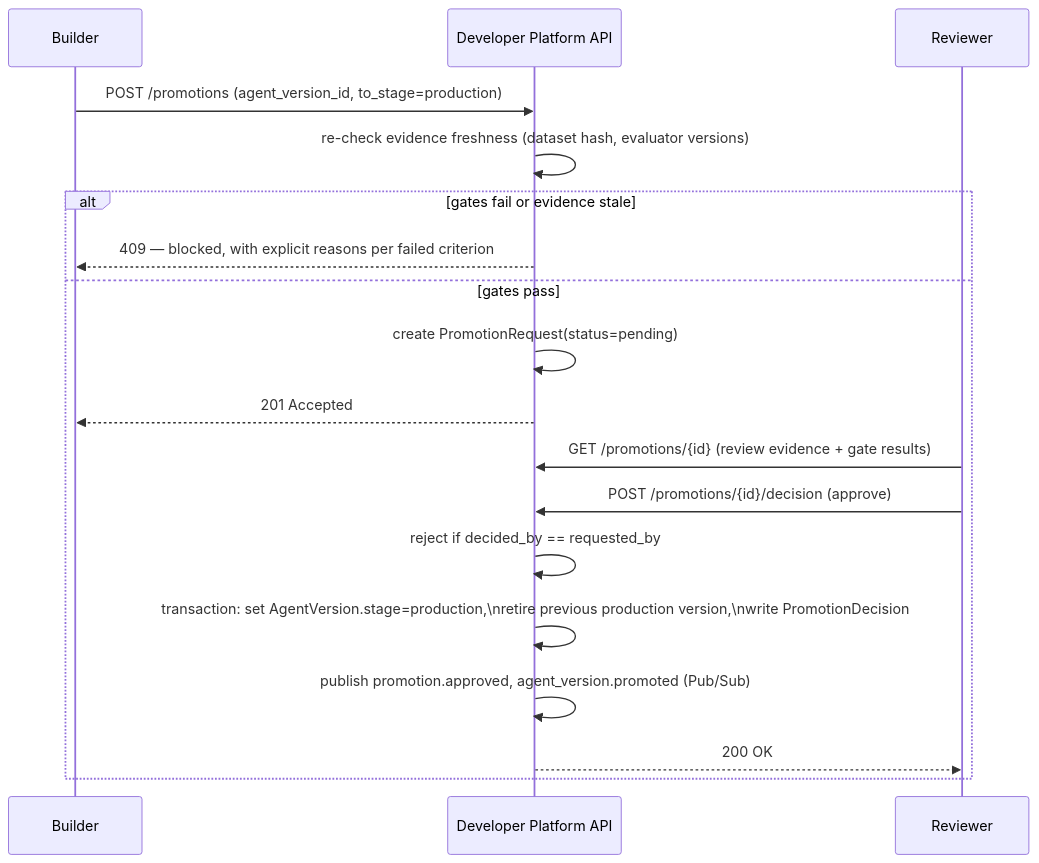
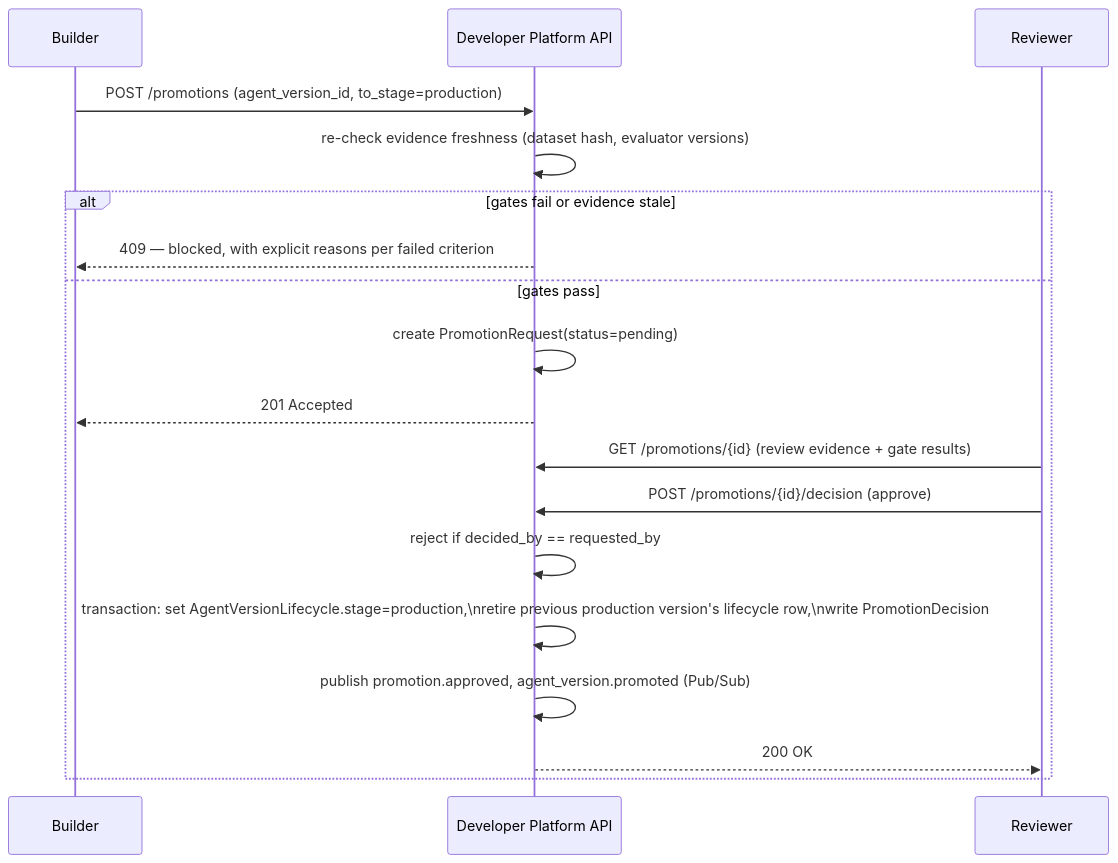
Before and after one commit to fegbewunmi/agent-developer-platform: the third of 3 diagrams in docs/evaluation-and-promotion.md, drawn with Mermaid. The commit also changed other lines of this file and 13 other files, not shown here.

Commit message:
Correct AgentVersion/stage split, MCP confirm-gate precision, agent-eval deployment prerequisite

````diff
--- a/docs/evaluation-and-promotion.md
+++ b/docs/evaluation-and-promotion.md
@@ -118,21 +129,21 @@
 ```mermaid
 sequenceDiagram
     participant Bu as Builder
     participant API as Developer Platform API
     participant Rv as Reviewer
 
     Bu->>API: POST /promotions (agent_version_id, to_stage=production)
     API->>API: re-check evidence freshness (dataset hash, evaluator versions)
     alt gates fail or evidence stale
         API-->>Bu: 409 — blocked, with explicit reasons per failed criterion
     else gates pass
         API->>API: create PromotionRequest(status=pending)
         API-->>Bu: 201 Accepted
         Rv->>API: GET /promotions/{id} (review evidence + gate results)
         Rv->>API: POST /promotions/{id}/decision (approve)
         API->>API: reject if decided_by == requested_by
-        API->>API: transaction: set AgentVersion.stage=production,\nretire previous production version,\nwrite PromotionDecision
+        API->>API: transaction: set AgentVersionLifecycle.stage=production,\nretire previous production version's lifecycle row,\nwrite PromotionDecision
         API->>API: publish promotion.approved, agent_version.promoted (Pub/Sub)
         API-->>Rv: 200 OK
     end
 ```
````
